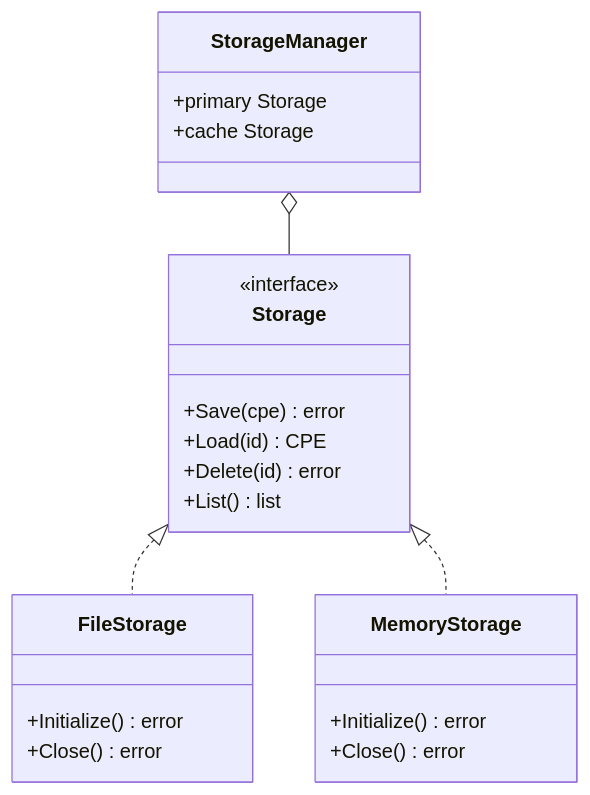
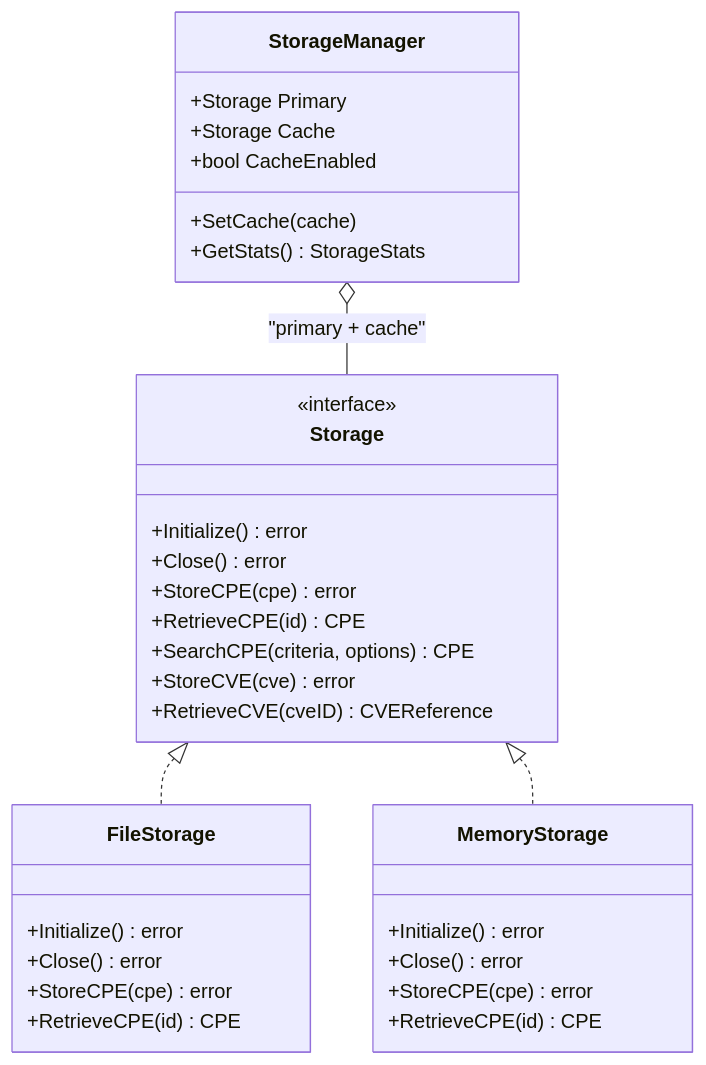
Before and after one commit to scagogogo/cpe-skills: the diagram in website/en/guide/storage.md, drawn with Mermaid. The commit also changed other lines of this file and 34 other files, not shown here.

First line of the commit message:
docs(website): fix fabricated APIs in examples, sync zh with en, fix diagrams

````diff
--- a/website/en/guide/storage.md
+++ b/website/en/guide/storage.md
@@ -14,25 +14,35 @@
 ```mermaid
 classDiagram
     class Storage {
         <<interface>>
-        +Save(cpe) error
-        +Load(id) CPE
-        +Delete(id) error
-        +List() list
+        +Initialize() error
+        +Close() error
+        +StoreCPE(cpe) error
+        +RetrieveCPE(id) CPE
+        +SearchCPE(criteria, options) CPE
+        +StoreCVE(cve) error
+        +RetrieveCVE(cveID) CVEReference
     }
     class FileStorage {
         +Initialize() error
         +Close() error
+        +StoreCPE(cpe) error
+        +RetrieveCPE(id) CPE
     }
     class MemoryStorage {
         +Initialize() error
         +Close() error
+        +StoreCPE(cpe) error
+        +RetrieveCPE(id) CPE
     }
     class StorageManager {
-        +primary Storage
-        +cache Storage
+        +Storage Primary
+        +Storage Cache
+        +bool CacheEnabled
+        +SetCache(cache)
+        +GetStats() StorageStats
     }
     Storage <|.. FileStorage
     Storage <|.. MemoryStorage
-    StorageManager o-- Storage
+    StorageManager o-- Storage : "primary + cache"
 ```
````
